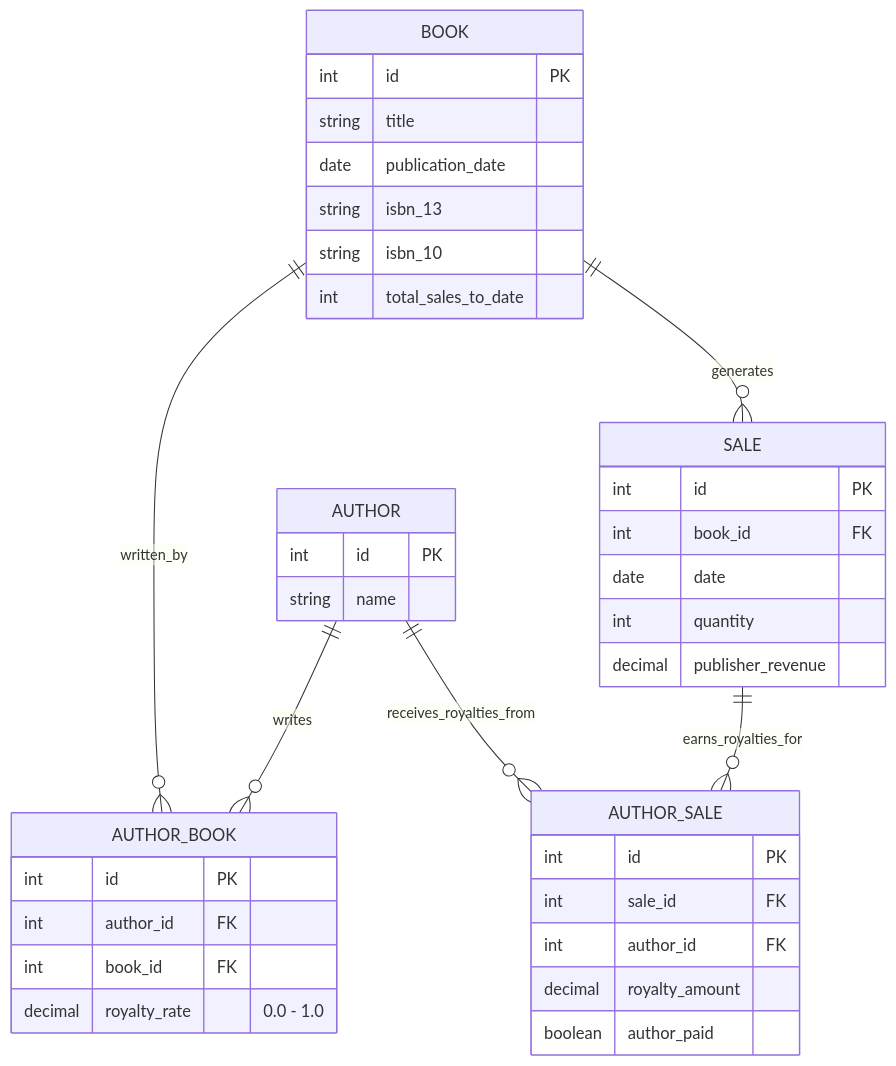
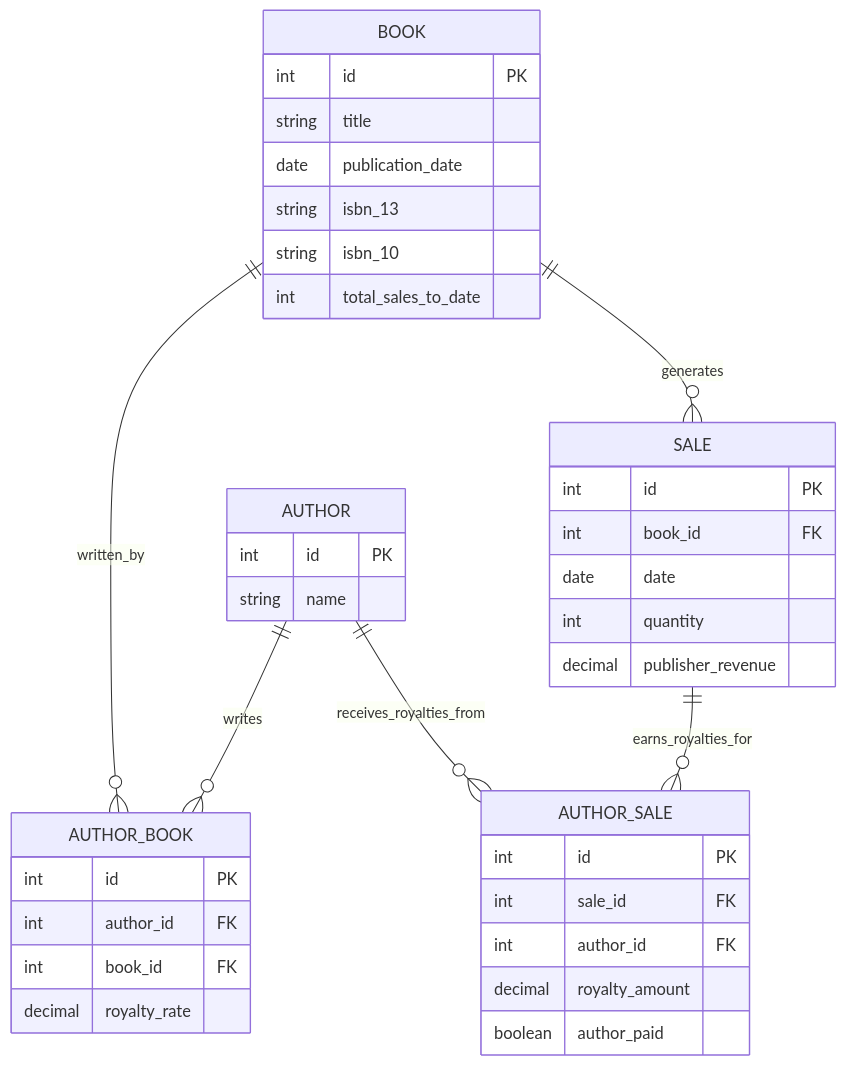
Before and after one commit to judyhe19/book-publishing-app: the second of 2 diagrams in DEVELOPER_GUIDE.md, drawn with Mermaid.

````diff
--- a/DEVELOPER_GUIDE.md
+++ b/DEVELOPER_GUIDE.md
@@ -101,45 +101,45 @@
 ```mermaid
 erDiagram
     AUTHOR ||--o{ AUTHOR_BOOK : writes
     BOOK ||--o{ AUTHOR_BOOK : written_by
     BOOK ||--o{ SALE : generates
     SALE ||--o{ AUTHOR_SALE : earns_royalties_for
     AUTHOR ||--o{ AUTHOR_SALE : receives_royalties_from
 
     AUTHOR {
         int id PK
         string name
     }
 
     BOOK {
         int id PK
         string title
         date publication_date
         string isbn_13
         string isbn_10
         int total_sales_to_date
     }
 
     AUTHOR_BOOK {
         int id PK
         int author_id FK
         int book_id FK
-        decimal royalty_rate "0.0 - 1.0"
+        decimal royalty_rate
     }
 
     SALE {
         int id PK
         int book_id FK
         date date
         int quantity
         decimal publisher_revenue
     }
 
     AUTHOR_SALE {
         int id PK
         int sale_id FK
         int author_id FK
         decimal royalty_amount
         boolean author_paid
     }
 ```
````
